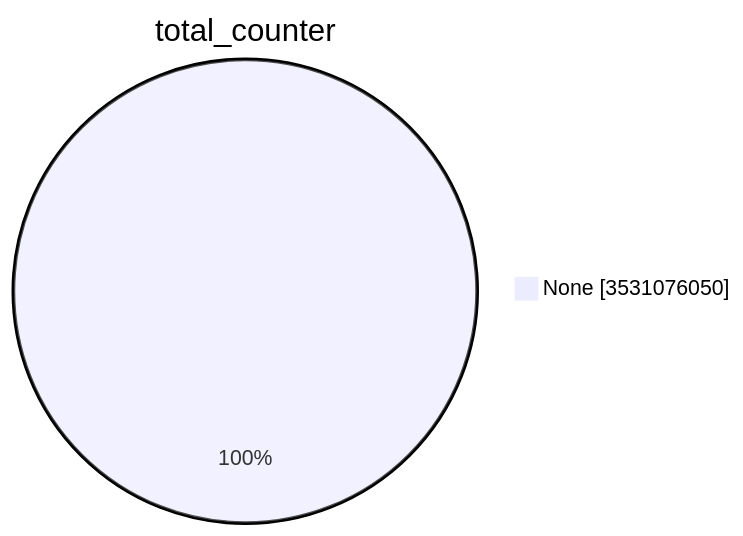
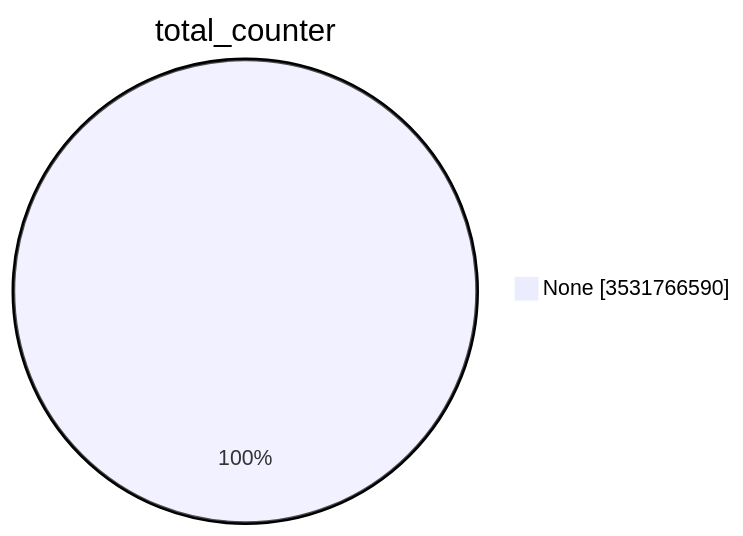
Before and after one commit to christiankrug/ctmonitor_visualization: the first of 15 diagrams in TOTAL/README.md, drawn with Mermaid. The commit also changed other lines of this file, not shown here.

````diff
--- a/TOTAL/README.md
+++ b/TOTAL/README.md
@@ -1,5 +1,5 @@
 ```mermaid
 pie showData
 title total_counter
-"None" :3531076050
+"None" :3531766590
 ```
````
